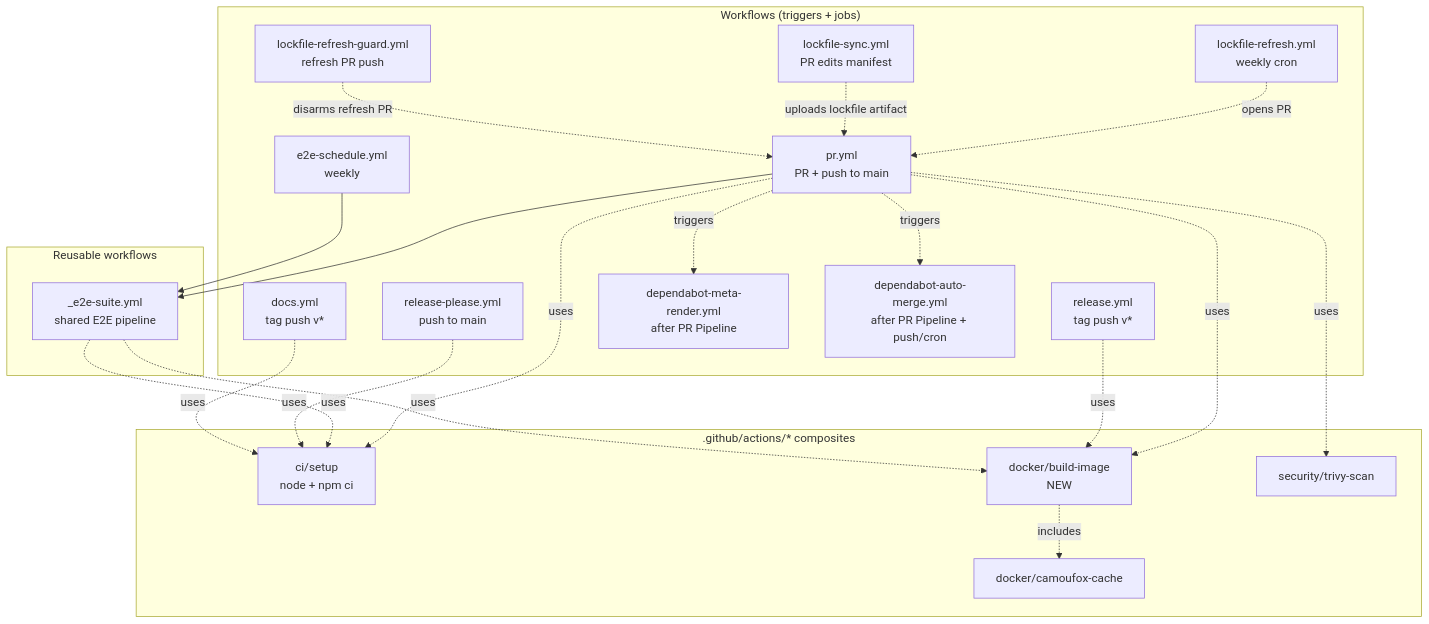
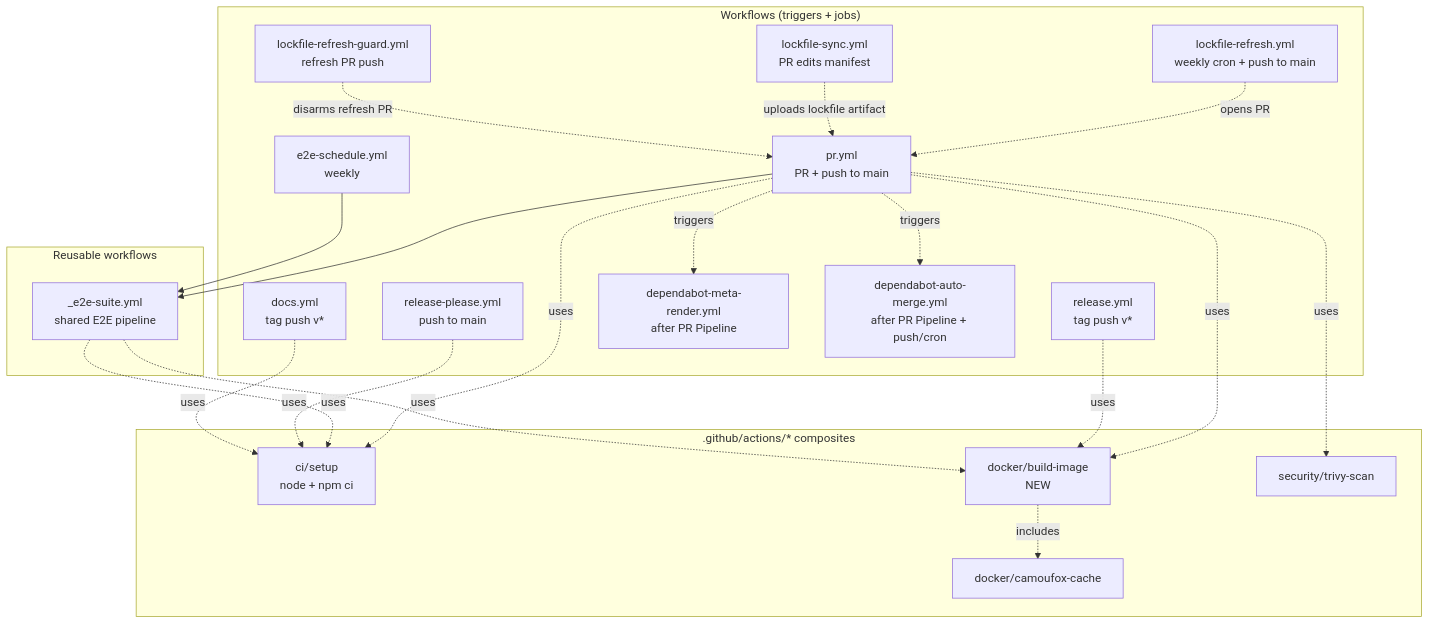
Before and after one commit to sergienko4/israeli-bank-scrapers-to-actual-budget: the first of 2 diagrams in docs/architecture/ci-pipeline.md, drawn with Mermaid. The commit also changed other lines of this file and 5 other files, not shown here.

First line of the commit message:
ci: regenerate a refresh main moved past (#813)

````diff
--- a/docs/architecture/ci-pipeline.md
+++ b/docs/architecture/ci-pipeline.md
@@ -20,43 +20,43 @@
 ```mermaid
 graph TD
   subgraph Workflows["Workflows (triggers + jobs)"]
     PR[pr.yml<br/>PR + push to main]
     REL[release.yml<br/>tag push v*]
     SCH[release-please.yml<br/>push to main]
     DOCS[docs.yml<br/>tag push v*]
     E2ES[e2e-schedule.yml<br/>weekly]
-    LFR[lockfile-refresh.yml<br/>weekly cron]
+    LFR[lockfile-refresh.yml<br/>weekly cron + push to main]
     DMR[dependabot-meta-render.yml<br/>after PR Pipeline]
     DAM[dependabot-auto-merge.yml<br/>after PR Pipeline + push/cron]
     LFS[lockfile-sync.yml<br/>PR edits manifest]
     LFG[lockfile-refresh-guard.yml<br/>refresh PR push]
   end
 
   subgraph Reusable["Reusable workflows"]
     E2E[_e2e-suite.yml<br/>shared E2E pipeline]
   end
 
   subgraph Composites[".github/actions/* composites"]
     SETUP[ci/setup<br/>node + npm ci]
     CAM[docker/camoufox-cache]
     BUILD[docker/build-image<br/>NEW]
     TRIVY[security/trivy-scan]
   end
 
   PR --> E2E
   PR -.triggers.-> DMR
   PR -.triggers.-> DAM
   E2ES --> E2E
   LFR -.opens PR.-> PR
   LFS -.uploads lockfile artifact.-> PR
   LFG -.disarms refresh PR.-> PR
   PR -.uses.-> SETUP
   PR -.uses.-> BUILD
   PR -.uses.-> TRIVY
   REL -.uses.-> BUILD
   E2E -.uses.-> SETUP
   E2E -.uses.-> BUILD
   SCH -.uses.-> SETUP
   DOCS -.uses.-> SETUP
   BUILD -.includes.-> CAM
 ```
````
